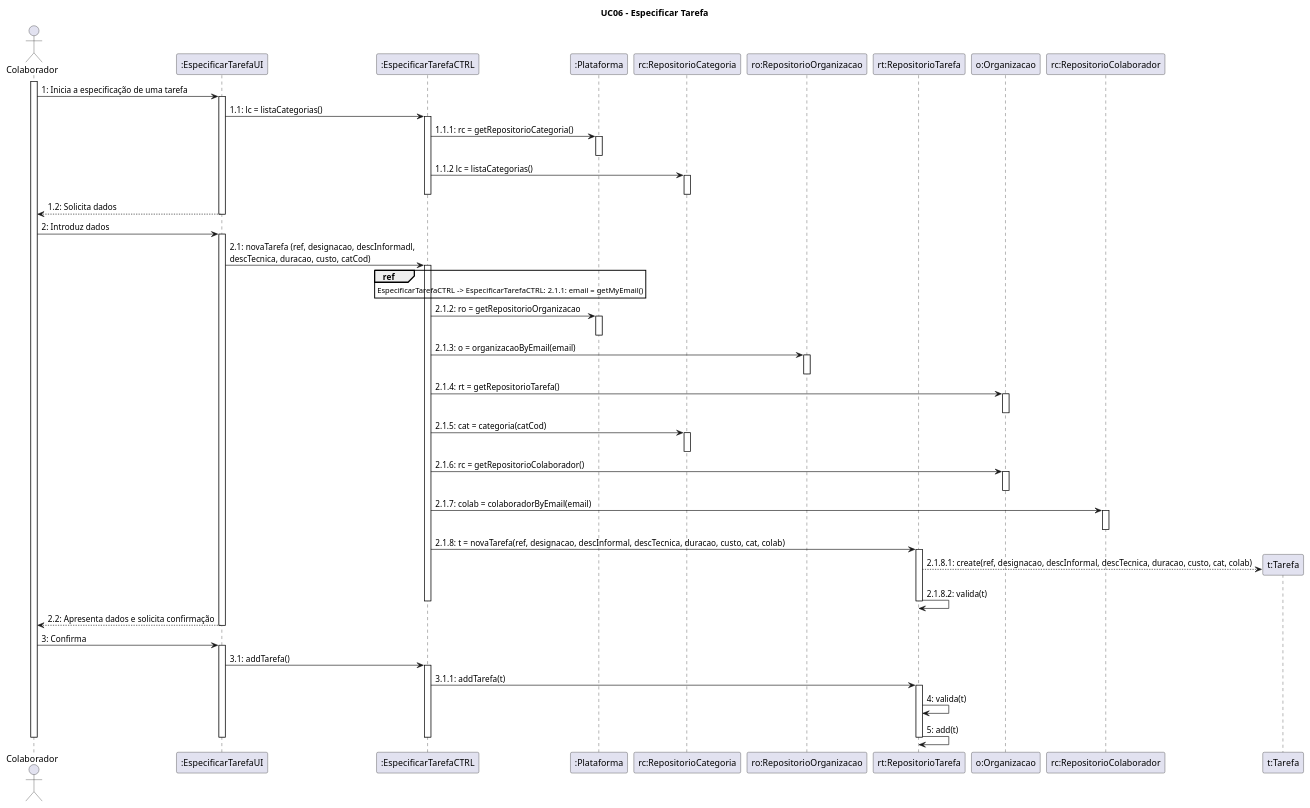
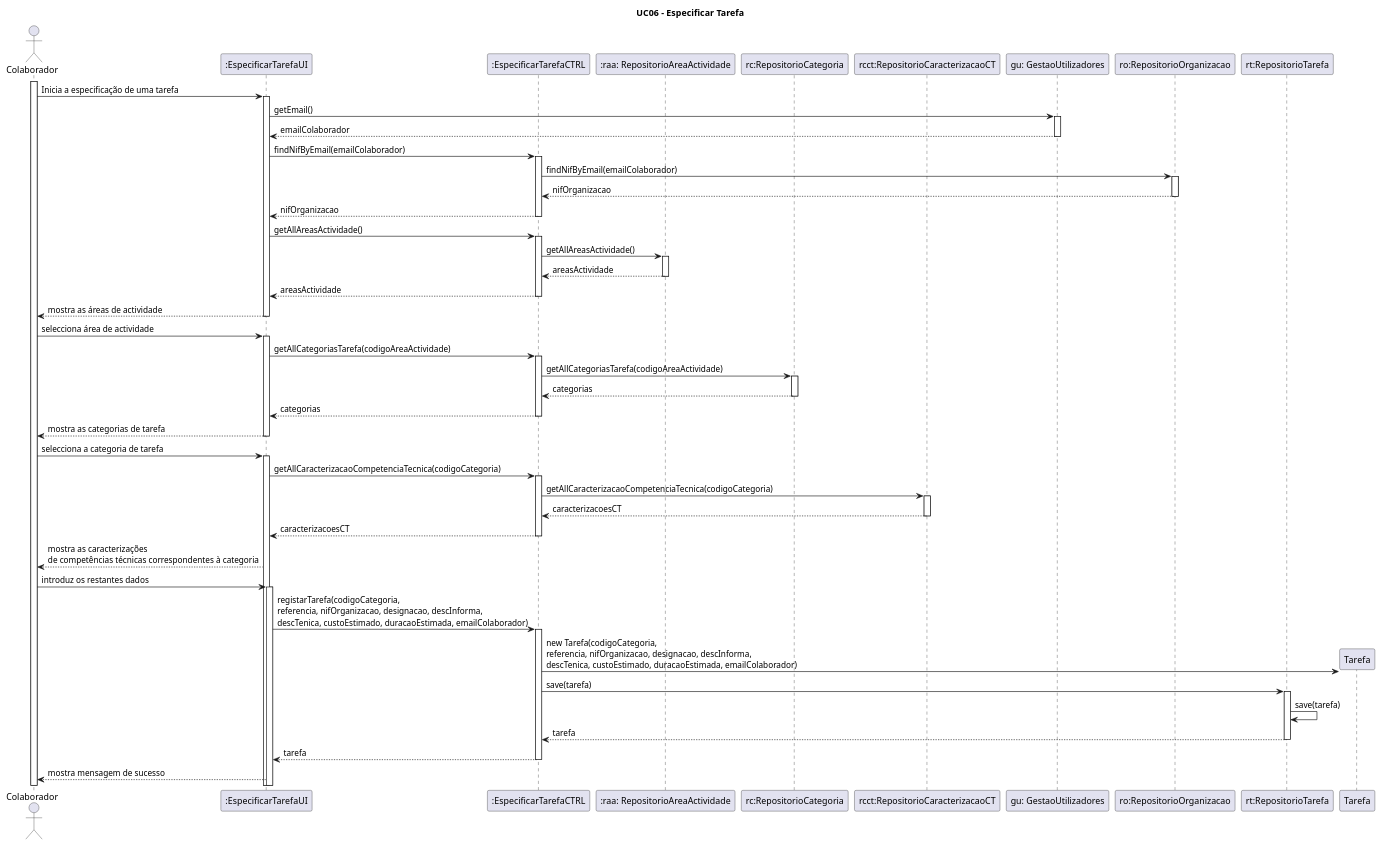
The diagram in Documentação/Sprint 2/UC06_Especificar_Tarefa/UC06_Especificar_Tarefa_Diagrama_Sequencia.puml (blestonbandeiraUPSKILL/upskill_java1_labprg_grupo2), drawn with PlantUML before and after one commit. The commit also changed 8 other files, not shown here.

```diff
--- a/Documentação/Sprint 2/UC06_Especificar_Tarefa/UC06_Especificar_Tarefa_Diagrama_Sequencia.puml
+++ b/Documentação/Sprint 2/UC06_Especificar_Tarefa/UC06_Especificar_Tarefa_Diagrama_Sequencia.puml
@@ -1,86 +1,89 @@
 @startuml
 
 title UC06 - Especificar Tarefa
 
 actor Colaborador 
 participant ":EspecificarTarefaUI" as EspecificarTarefaUI
 participant ":EspecificarTarefaCTRL" as EspecificarTarefaCTRL
-participant ":Plataforma" as Plataforma
+participant ":raa: RepositorioAreaActividade" as RepositorioAreaActividade
 participant "rc:RepositorioCategoria" as RepositorioCategoria
+participant "rcct:RepositorioCaracterizacaoCT" as RepositorioCCT
+participant "gu: GestaoUtilizadores" as GestaoUtilizadoresCTRL
 participant "ro:RepositorioOrganizacao" as RepositorioOrganizacao
 participant "rt:RepositorioTarefa" as RepositorioTarefa
-participant "o:Organizacao" as Organizacao
-participant "rc:RepositorioColaborador" as RepositorioColaborador
 
 activate Colaborador
-Colaborador -> EspecificarTarefaUI: 1: Inicia a especificação de uma tarefa
+Colaborador -> EspecificarTarefaUI: Inicia a especificação de uma tarefa
 activate EspecificarTarefaUI
-EspecificarTarefaUI -> EspecificarTarefaCTRL: 1.1: lc = listaCategorias()
+EspecificarTarefaUI -> GestaoUtilizadoresCTRL: getEmail()
+activate GestaoUtilizadoresCTRL
+GestaoUtilizadoresCTRL --> EspecificarTarefaUI: emailColaborador
+deactivate GestaoUtilizadoresCTRL
+
+EspecificarTarefaUI -> EspecificarTarefaCTRL: findNifByEmail(emailColaborador)
 activate EspecificarTarefaCTRL
-EspecificarTarefaCTRL -> Plataforma: 1.1.1: rc = getRepositorioCategoria()
-activate Plataforma
-deactivate Plataforma
-EspecificarTarefaCTRL -> RepositorioCategoria: 1.1.2 lc = listaCategorias()
-activate RepositorioCategoria
-deactivate RepositorioCategoria
+EspecificarTarefaCTRL -> RepositorioOrganizacao: findNifByEmail(emailColaborador)
+activate RepositorioOrganizacao
+RepositorioOrganizacao --> EspecificarTarefaCTRL: nifOrganizacao
+deactivate RepositorioOrganizacao
+EspecificarTarefaCTRL --> EspecificarTarefaUI: nifOrganizacao
 deactivate EspecificarTarefaCTRL
-EspecificarTarefaUI --> Colaborador: 1.2: Solicita dados
+
+EspecificarTarefaUI -> EspecificarTarefaCTRL: getAllAreasActividade()
+activate EspecificarTarefaCTRL
+EspecificarTarefaCTRL -> RepositorioAreaActividade: getAllAreasActividade()
+activate RepositorioAreaActividade
+RepositorioAreaActividade --> EspecificarTarefaCTRL: areasActividade
+deactivate RepositorioAreaActividade
+EspecificarTarefaCTRL --> EspecificarTarefaUI: areasActividade
+deactivate EspecificarTarefaCTRL
+EspecificarTarefaUI --> Colaborador: mostra as áreas de actividade
 deactivate EspecificarTarefaUI
 
-Colaborador -> EspecificarTarefaUI: 2: Introduz dados
+Colaborador -> EspecificarTarefaUI: selecciona área de actividade
 activate EspecificarTarefaUI
-EspecificarTarefaUI -> EspecificarTarefaCTRL: 2.1: novaTarefa (ref, designacao, descInformadl, \ndescTecnica, duracao, custo, catCod)
+EspecificarTarefaUI -> EspecificarTarefaCTRL: getAllCategoriasTarefa(codigoAreaActividade)
 activate EspecificarTarefaCTRL
-ref over EspecificarTarefaCTRL
-EspecificarTarefaCTRL -> EspecificarTarefaCTRL: 2.1.1: email = getMyEmail()
-end ref
-EspecificarTarefaCTRL -> Plataforma: 2.1.2: ro = getRepositorioOrganizacao
-activate Plataforma
-deactivate Plataforma
-EspecificarTarefaCTRL -> RepositorioOrganizacao: 2.1.3: o = organizacaoByEmail(email)
-activate RepositorioOrganizacao
-deactivate RepositorioOrganizacao
-EspecificarTarefaCTRL -> Organizacao: 2.1.4: rt = getRepositorioTarefa()
-activate Organizacao
-deactivate Organizacao
-EspecificarTarefaCTRL -> RepositorioCategoria: 2.1.5: cat = categoria(catCod)
+EspecificarTarefaCTRL -> RepositorioCategoria: getAllCategoriasTarefa(codigoAreaActividade)
 activate RepositorioCategoria
+RepositorioCategoria --> EspecificarTarefaCTRL: categorias
 deactivate RepositorioCategoria
-EspecificarTarefaCTRL -> Organizacao: 2.1.6: rc = getRepositorioColaborador()
-activate Organizacao
-deactivate Organizacao
-EspecificarTarefaCTRL -> RepositorioColaborador: 2.1.7: colab = colaboradorByEmail(email)
-activate RepositorioColaborador
-deactivate RepositorioColaborador
-EspecificarTarefaCTRL -> RepositorioTarefa: 2.1.8: t = novaTarefa(ref, designacao, descInformal, descTecnica, duracao, custo, cat, colab)
+EspecificarTarefaCTRL --> EspecificarTarefaUI: categorias
+deactivate EspecificarTarefaCTRL
+EspecificarTarefaUI --> Colaborador: mostra as categorias de tarefa
+deactivate EspecificarTarefaUI
+
+Colaborador -> EspecificarTarefaUI: selecciona a categoria de tarefa
+activate EspecificarTarefaUI
+EspecificarTarefaUI -> EspecificarTarefaCTRL: getAllCaracterizacaoCompetenciaTecnica(codigoCategoria)
+activate EspecificarTarefaCTRL
+EspecificarTarefaCTRL -> RepositorioCCT: getAllCaracterizacaoCompetenciaTecnica(codigoCategoria)
+activate RepositorioCCT
+RepositorioCCT --> EspecificarTarefaCTRL: caracterizacoesCT
+deactivate RepositorioCCT
+EspecificarTarefaCTRL --> EspecificarTarefaUI: caracterizacoesCT
+deactivate EspecificarTarefaCTRL
+EspecificarTarefaUI --> Colaborador: mostra as caracterizações \nde competências técnicas correspondentes à categoria
+
+Colaborador -> EspecificarTarefaUI: introduz os restantes dados
+activate EspecificarTarefaUI
+EspecificarTarefaUI -> EspecificarTarefaCTRL: registarTarefa(codigoCategoria, \nreferencia, nifOrganizacao, designacao, descInforma, \ndescTenica, custoEstimado, duracaoEstimada, emailColaborador)
+activate EspecificarTarefaCTRL
+create Tarefa
+EspecificarTarefaCTRL -> Tarefa: new Tarefa(codigoCategoria, \nreferencia, nifOrganizacao, designacao, descInforma, \ndescTenica, custoEstimado, duracaoEstimada, emailColaborador)
+EspecificarTarefaCTRL -> RepositorioTarefa: save(tarefa)
 activate RepositorioTarefa
-RepositorioTarefa --> "t:Tarefa" **: 2.1.8.1: create(ref, designacao, descInformal, descTecnica, duracao, custo, cat, colab)
-RepositorioTarefa -> RepositorioTarefa: 2.1.8.2: valida(t)
+RepositorioTarefa -> RepositorioTarefa: save(tarefa)
+RepositorioTarefa --> EspecificarTarefaCTRL: tarefa
 deactivate RepositorioTarefa
+EspecificarTarefaCTRL --> EspecificarTarefaUI: tarefa
 deactivate EspecificarTarefaCTRL
-EspecificarTarefaUI --> Colaborador: 2.2: Apresenta dados e solicita confirmação
-deactivate EspecificarTarefaUI
-Colaborador -> EspecificarTarefaUI: 3: Confirma
-activate EspecificarTarefaUI
-EspecificarTarefaUI -> EspecificarTarefaCTRL: 3.1: addTarefa()
-activate EspecificarTarefaCTRL
-EspecificarTarefaCTRL -> RepositorioTarefa: 3.1.1: addTarefa(t)
-activate RepositorioTarefa
-RepositorioTarefa -> RepositorioTarefa: 4: valida(t)
-RepositorioTarefa -> RepositorioTarefa: 5: add(t)
-deactivate RepositorioTarefa
-deactivate EspecificarTarefaCTRL
-deactivate EspecificarTarefaUI
-deactivate Colaborador
-
-
-
-
+EspecificarTarefaUI --> Colaborador: mostra mensagem de sucesso 
 
 
 
 
 
 
 
 @enduml
```
